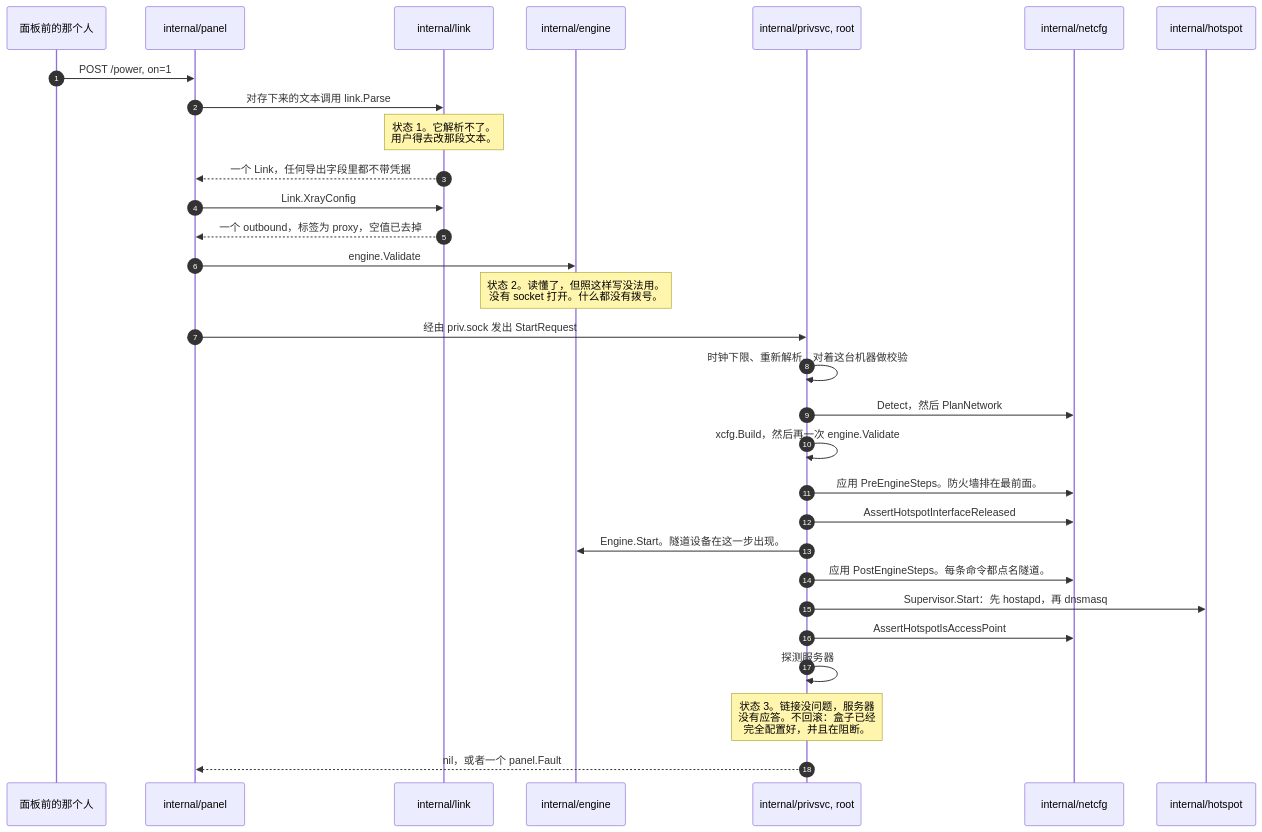
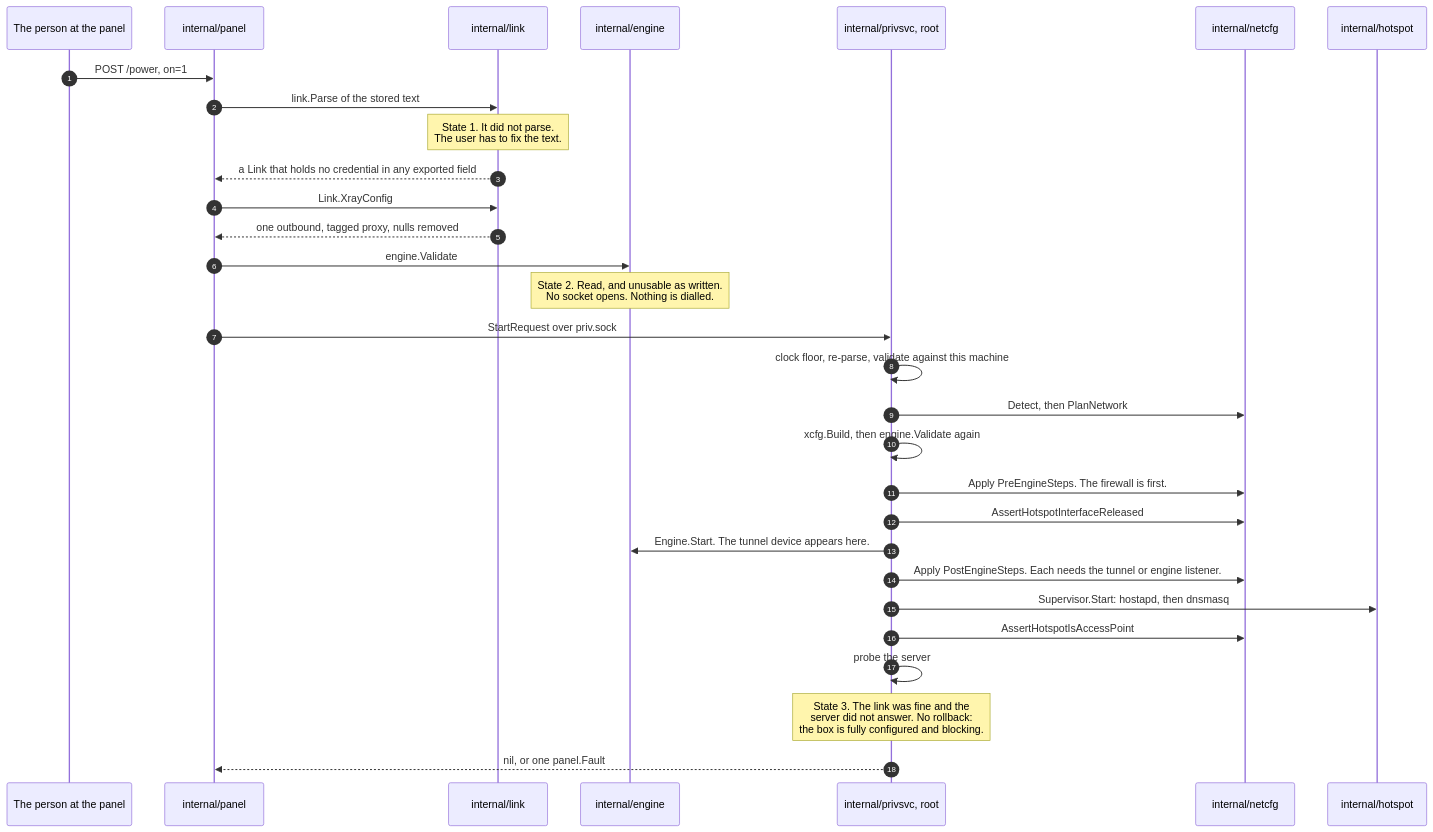
Before and after one commit to Iman/caspian: the fourth of 8 diagrams in docs/wiki/Architecture.zh.md, drawn with Mermaid. The commit also changed other lines of this file and 149 other files, not shown here.

````diff
--- a/docs/wiki/Architecture.zh.md
+++ b/docs/wiki/Architecture.zh.md
@@ -160,33 +178,33 @@
 ```mermaid
 sequenceDiagram
     autonumber
-    participant U as 面板前的那个人
+    participant U as The person at the panel
     participant PA as internal/panel
     participant LK as internal/link
     participant EN as internal/engine
     participant PS as internal/privsvc, root
     participant NC as internal/netcfg
     participant HS as internal/hotspot
 
     U->>PA: POST /power, on=1
-    PA->>LK: 对存下来的文本调用 link.Parse
-    Note over LK: 状态 1。它解析不了。<br/>用户得去改那段文本。
-    LK-->>PA: 一个 Link，任何导出字段里都不带凭据
+    PA->>LK: link.Parse of the stored text
+    Note over LK: State 1. It did not parse.<br/>The user has to fix the text.
+    LK-->>PA: a Link that holds no credential in any exported field
     PA->>LK: Link.XrayConfig
-    LK-->>PA: 一个 outbound，标签为 proxy，空值已去掉
+    LK-->>PA: one outbound, tagged proxy, nulls removed
     PA->>EN: engine.Validate
-    Note over EN: 状态 2。读懂了，但照这样写没法用。<br/>没有 socket 打开。什么都没有拨号。
-    PA->>PS: 经由 priv.sock 发出 StartRequest
-    PS->>PS: 时钟下限、重新解析、对着这台机器做校验
-    PS->>NC: Detect，然后 PlanNetwork
-    PS->>PS: xcfg.Build，然后再一次 engine.Validate
-    PS->>NC: 应用 PreEngineSteps。防火墙排在最前面。
+    Note over EN: State 2. Read, and unusable as written.<br/>No socket opens. Nothing is dialled.
+    PA->>PS: StartRequest over priv.sock
+    PS->>PS: clock floor, re-parse, validate against this machine
+    PS->>NC: Detect, then PlanNetwork
+    PS->>PS: xcfg.Build, then engine.Validate again
+    PS->>NC: Apply PreEngineSteps. The firewall is first.
     PS->>NC: AssertHotspotInterfaceReleased
-    PS->>EN: Engine.Start。隧道设备在这一步出现。
-    PS->>NC: 应用 PostEngineSteps。每条命令都点名隧道。
-    PS->>HS: Supervisor.Start：先 hostapd，再 dnsmasq
+    PS->>EN: Engine.Start. The tunnel device appears here.
+    PS->>NC: Apply PostEngineSteps. Each needs the tunnel or engine listener.
+    PS->>HS: Supervisor.Start: hostapd, then dnsmasq
     PS->>NC: AssertHotspotIsAccessPoint
-    PS->>PS: 探测服务器
-    Note over PS: 状态 3。链接没问题，服务器<br/>没有应答。不回滚：盒子已经<br/>完全配置好，并且在阻断。
-    PS-->>PA: nil，或者一个 panel.Fault
+    PS->>PS: probe the server
+    Note over PS: State 3. The link was fine and the<br/>server did not answer. No rollback:<br/>the box is fully configured and blocking.
+    PS-->>PA: nil, or one panel.Fault
 ```
````
